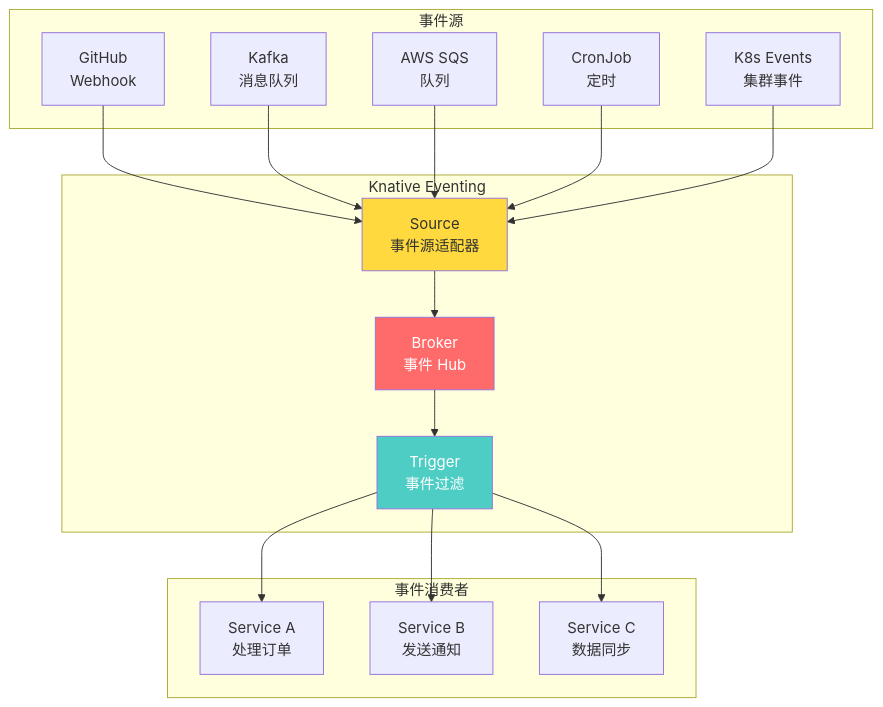
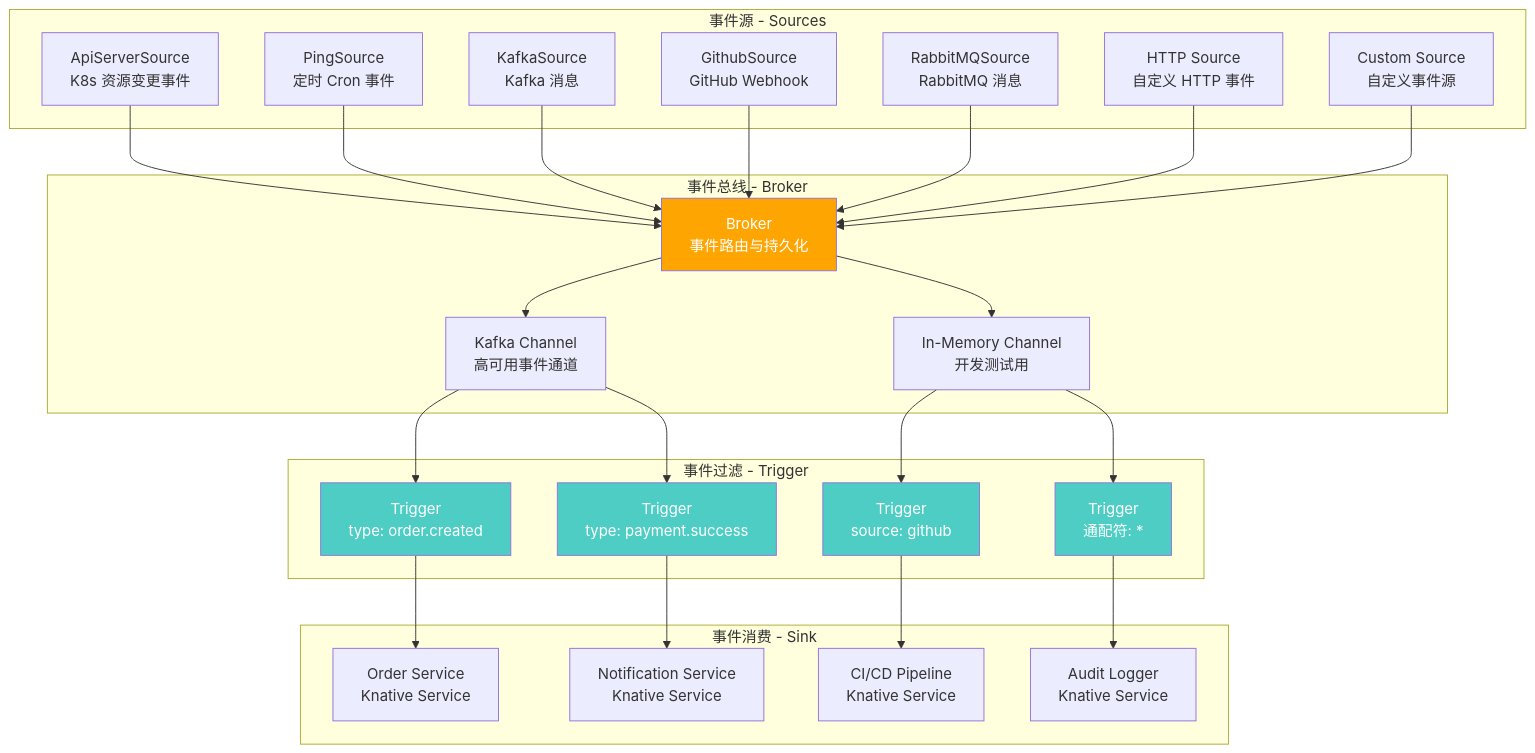
Before and after one commit to moklgydocs/moklgydocs.github.io: diagram 13 of 23 in src/运维与部署/Docker_K8s/08_云原生生态/02_Serverless与Knative.md, drawn with Mermaid. The commit also changed other lines of this file and 1 other file, not shown here.

````diff
--- a/src/运维与部署/Docker_K8s/08_云原生生态/02_Serverless与Knative.md
+++ b/src/运维与部署/Docker_K8s/08_云原生生态/02_Serverless与Knative.md
@@ -454,38 +827,59 @@
 ```mermaid
 graph TB
-    subgraph "事件源"
-        GH["GitHub<br/>Webhook"]
-        KAFKA["Kafka<br/>消息队列"]
-        SQS["AWS SQS<br/>队列"]
-        CRON["CronJob<br/>定时"]
-        K8S["K8s Events<br/>集群事件"]
+    subgraph "事件源 - Sources"
+        API[ApiServerSource<br/>K8s 资源变更事件]
+        PING[PingSource<br/>定时 Cron 事件]
+        KAFKA_SRC[KafkaSource<br/>Kafka 消息]
+        GH[GithubSource<br/>GitHub Webhook]
+        RABBIT[RabbitMQSource<br/>RabbitMQ 消息]
+        HTTP_SRC[HTTP Source<br/>自定义 HTTP 事件]
+        CUSTOM[Custom Source<br/>自定义事件源]
     end
 
-    subgraph "Knative Eventing"
-        SRC["Source<br/>事件源适配器"]
-        BRK["Broker<br/>事件 Hub"]
-        TRG["Trigger<br/>事件过滤"]
+    subgraph "事件总线 - Broker"
+        BROKER[Broker<br/>事件路由与持久化]
+        CHANNEL_KAFKA[Kafka Channel<br/>高可用事件通道]
+        CHANNEL_MEM[In-Memory Channel<br/>开发测试用]
     end
 
-    subgraph "事件消费者"
-        SVC1["Service A<br/>处理订单"]
-        SVC2["Service B<br/>发送通知"]
-        SVC3["Service C<br/>数据同步"]
+    subgraph "事件过滤 - Trigger"
+        T1["Trigger<br/>type: order.created"]
+        T2["Trigger<br/>type: payment.success"]
+        T3["Trigger<br/>source: github"]
+        T4["Trigger<br/>通配符: *"]
     end
 
-    GH --> SRC
-    KAFKA --> SRC
-    SQS --> SRC
-    CRON --> SRC
-    K8S --> SRC
+    subgraph "事件消费 - Sink"
+        S1[Order Service<br/>Knative Service]
+        S2[Notification Service<br/>Knative Service]
+        S3[CI/CD Pipeline<br/>Knative Service]
+        S4[Audit Logger<br/>Knative Service]
+    end
 
-    SRC --> BRK
-    BRK --> TRG
-    TRG --> SVC1
-    TRG --> SVC2
-    TRG --> SVC3
+    API --> BROKER
+    PING --> BROKER
+    KAFKA_SRC --> BROKER
+    GH --> BROKER
+    RABBIT --> BROKER
+    HTTP_SRC --> BROKER
+    CUSTOM --> BROKER
 
-    style BRK fill:#ff6b6b,color:#fff
-    style TRG fill:#4ecdc4,color:#fff
-    style SRC fill:#ffd93d,color:#333
+    BROKER --> CHANNEL_KAFKA
+    BROKER --> CHANNEL_MEM
+
+    CHANNEL_KAFKA --> T1
+    CHANNEL_KAFKA --> T2
+    CHANNEL_MEM --> T3
+    CHANNEL_MEM --> T4
+
+    T1 --> S1
+    T2 --> S2
+    T3 --> S3
+    T4 --> S4
+
+    style BROKER fill:#ffa502,color:#fff
+    style T1 fill:#4ecdc4,color:#fff
+    style T2 fill:#4ecdc4,color:#fff
+    style T3 fill:#4ecdc4,color:#fff
+    style T4 fill:#4ecdc4,color:#fff
 ```
````
